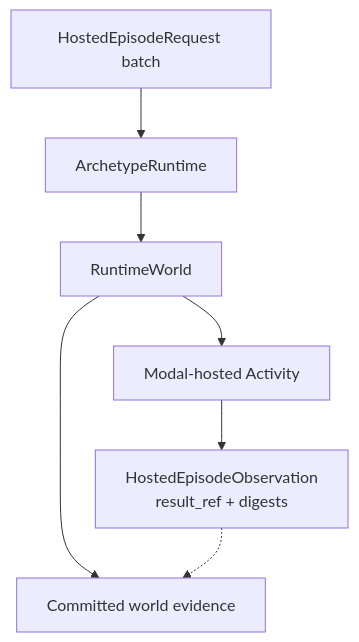
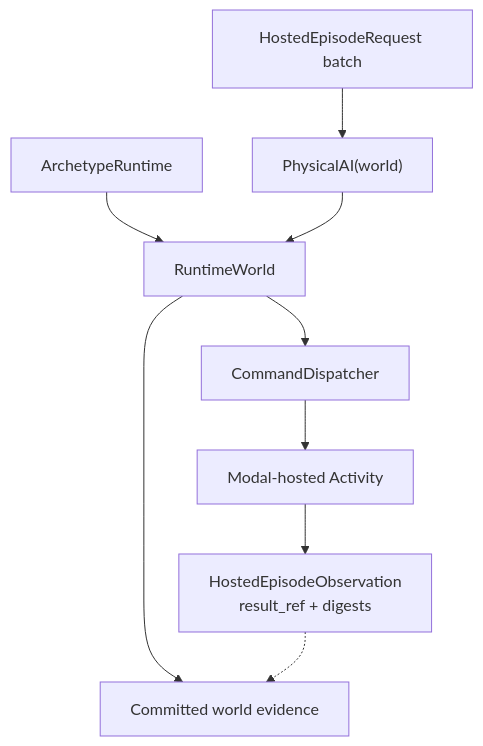
The diagram in docs/guide/physical-ai.md (VangelisTech/archetype), drawn with Mermaid before and after one commit. The commit also changed other lines of this file and 25 other files, not shown here.

First line of the commit message:
docs: codify the Archetype 0.6 world-library surface (#789)

````diff
--- a/docs/guide/physical-ai.md
+++ b/docs/guide/physical-ai.md
@@ -19,9 +19,11 @@
 ```mermaid
 graph TB
-    Req["HostedEpisodeRequest batch"] --> RT["ArchetypeRuntime"]
-    RT --> World["RuntimeWorld"]
-    World --> Act["Modal-hosted Activity"]
+    RT["ArchetypeRuntime"] --> World["RuntimeWorld"]
+    Req["HostedEpisodeRequest batch"] --> Adapter["PhysicalAI(world)"]
+    Adapter --> World
+    World --> Dispatch["CommandDispatcher"]
+    Dispatch --> Act["Modal-hosted Activity"]
     Act --> Obs["HostedEpisodeObservation<br/>result_ref + digests"]
     World --> Evidence["Committed world evidence"]
     Obs -.-> Evidence
 ```
````
